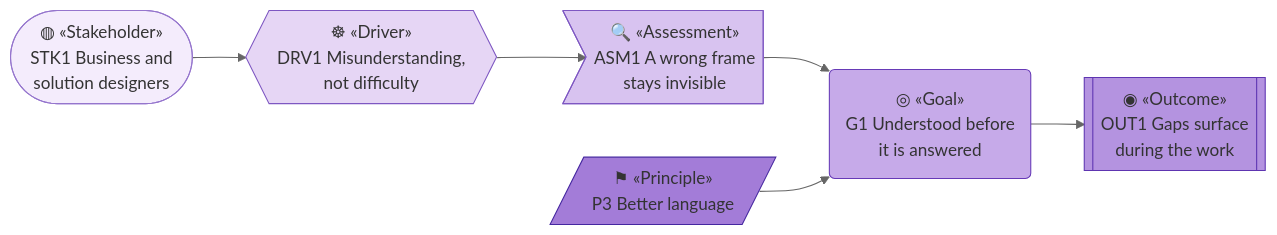
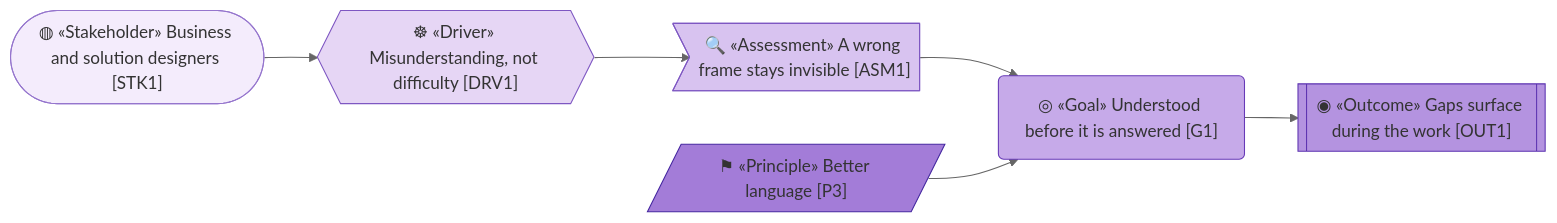
The second of 5 diagrams in product-archreator/architecture/reviews/2_diagram-notation-icons.md (roanboc/architecture-archreator), drawn with Mermaid (neutral theme) before and after one commit. The commit also changed other lines of this file and 38 other files, not shown here.

````diff
--- a/product-archreator/architecture/reviews/2_diagram-notation-icons.md
+++ b/product-archreator/architecture/reviews/2_diagram-notation-icons.md
@@ -51,19 +51,19 @@
 ```mermaid
 flowchart LR
-  stk(["◍ «Stakeholder»<br>STK1 Business and<br>solution designers"]):::stakeholder
-  drv{{"☸ «Driver»<br>DRV1 Misunderstanding,<br>not difficulty"}}:::driver
-  asm>"🔍 «Assessment»<br>ASM1 A wrong frame<br>stays invisible"]:::assessment
-  g("◎ «Goal»<br>G1 Understood before<br>it is answered"):::goal
-  out[["◉ «Outcome»<br>OUT1 Gaps surface<br>during the work"]]:::outcome
-  p[/"⚑ «Principle»<br>P3 Better language"/]:::principle
+  stk(["◍ «Stakeholder» Business and solution designers [STK1]"]):::stakeholder
+  drv{{"☸ «Driver» Misunderstanding, not difficulty [DRV1]"}}:::driver
+  asm>"🔍 «Assessment» A wrong frame stays invisible [ASM1]"]:::assessment
+  g("◎ «Goal» Understood before it is answered [G1]"):::goal
+  out[["◉ «Outcome» Gaps surface during the work [OUT1]"]]:::outcome
+  p[/"⚑ «Principle» Better language [P3]"/]:::principle
 
   stk --> drv --> asm --> g --> out
   p --> g
 
   classDef stakeholder fill:#f4ecfc,stroke:#9575cd,color:#333
   classDef driver fill:#e6d6f5,stroke:#7e57c2,color:#333
   classDef assessment fill:#d8c3f0,stroke:#7e57c2,color:#333
   classDef goal fill:#c6aae9,stroke:#673ab7,color:#333
   classDef outcome fill:#b493e0,stroke:#5e35b1,color:#333
   classDef principle fill:#a37cd8,stroke:#4527a0,color:#333
 ```
````
